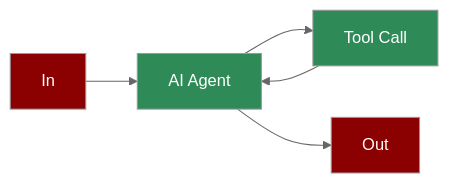
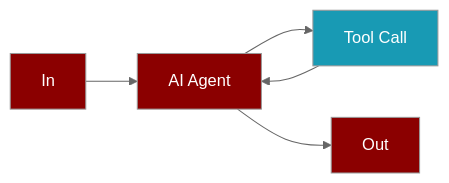
The diagram in docs/tools/tools_class.mdx (MervinPraison/PraisonAIDocs), drawn with Mermaid (neutral theme) before and after one commit. The commit also changed 10 other files, not shown here.

First line of the commit message:
docs: normalise §3.1 Mermaid palette in features + tools (fixes #1556)

````diff
--- a/docs/tools/tools_class.mdx
+++ b/docs/tools/tools_class.mdx
@@ -22,16 +22,16 @@
 ```mermaid
 flowchart LR
     In[In] --> Agent[AI Agent]
     Agent --> Tool[Tool Call]
     Tool --> Agent
     Agent --> Out[Out]
     
     style In fill:#8B0000,color:#fff
-    style Agent fill:#2E8B57,color:#fff
-    style Tool fill:#2E8B57,color:#fff
+    style Agent fill:#8B0000,color:#fff
+    style Tool fill:#189AB4,color:#fff
     style Out fill:#8B0000,color:#fff
 
     classDef agent fill:#8B0000,color:#fff
     classDef tool fill:#189AB4,color:#fff
 
 ```
````
